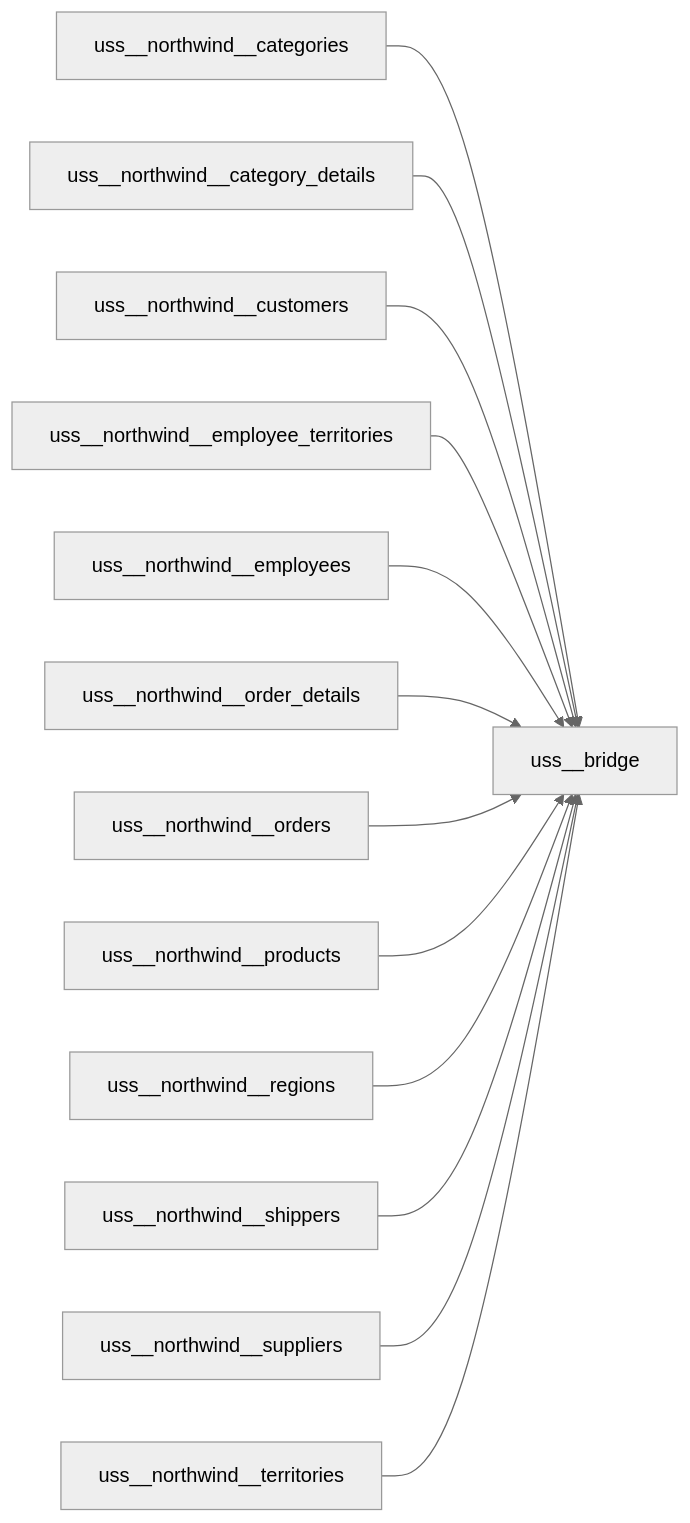
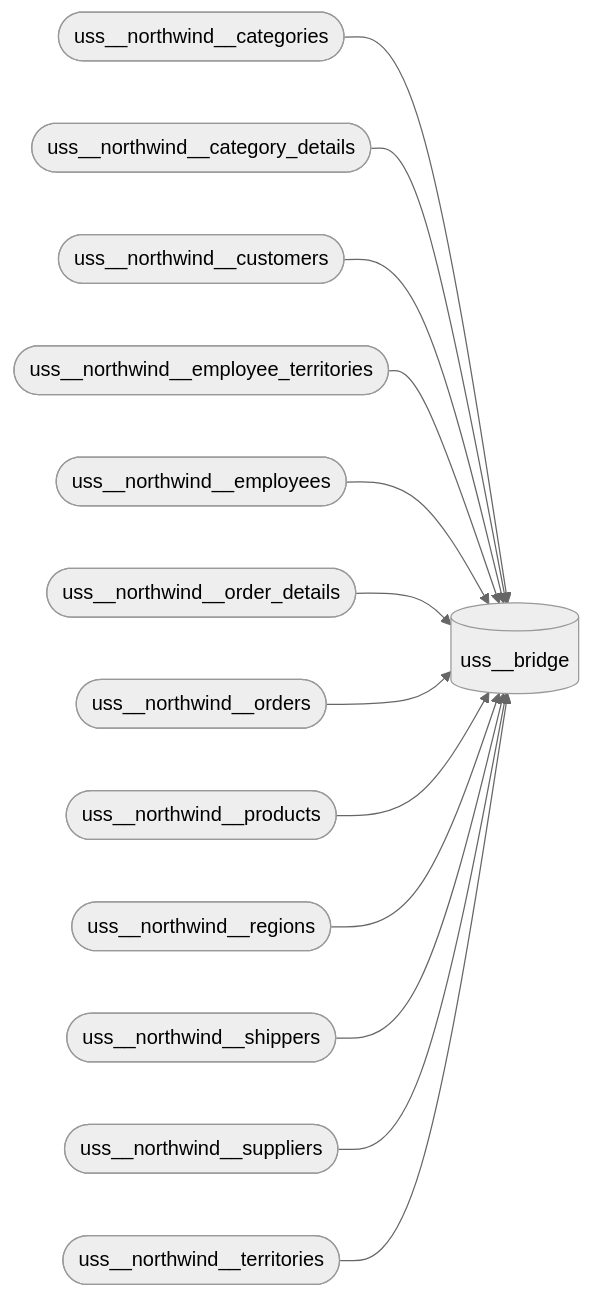
The fourth of 4 diagrams in README.md (mattiasthalen/obsidian-insights), drawn with Mermaid (neutral theme) before and after one commit. The commit also changed other lines of this file, not shown here.

Commit message:
Refine USS graph

````diff
--- a/README.md
+++ b/README.md
@@ -154,15 +153,29 @@
 ```mermaid
 flowchart LR
+    uss__bridge[("uss__bridge")]
+    uss__northwind__categories(["uss__northwind__categories"])
+    uss__northwind__category_details(["uss__northwind__category_details"])
+    uss__northwind__customers(["uss__northwind__customers"])
+    uss__northwind__employee_territories(["uss__northwind__employee_territories"])
+    uss__northwind__employees(["uss__northwind__employees"])
+    uss__northwind__order_details(["uss__northwind__order_details"])
+    uss__northwind__orders(["uss__northwind__orders"])
+    uss__northwind__products(["uss__northwind__products"])
+    uss__northwind__regions(["uss__northwind__regions"])
+    uss__northwind__shippers(["uss__northwind__shippers"])
+    uss__northwind__suppliers(["uss__northwind__suppliers"])
+    uss__northwind__territories(["uss__northwind__territories"])
+
     uss__northwind__categories --> uss__bridge
     uss__northwind__category_details --> uss__bridge
     uss__northwind__customers --> uss__bridge
     uss__northwind__employee_territories --> uss__bridge
     uss__northwind__employees --> uss__bridge
     uss__northwind__order_details --> uss__bridge
     uss__northwind__orders --> uss__bridge
     uss__northwind__products --> uss__bridge
     uss__northwind__regions --> uss__bridge
     uss__northwind__shippers --> uss__bridge
     uss__northwind__suppliers --> uss__bridge
     uss__northwind__territories --> uss__bridge
 ```
````
